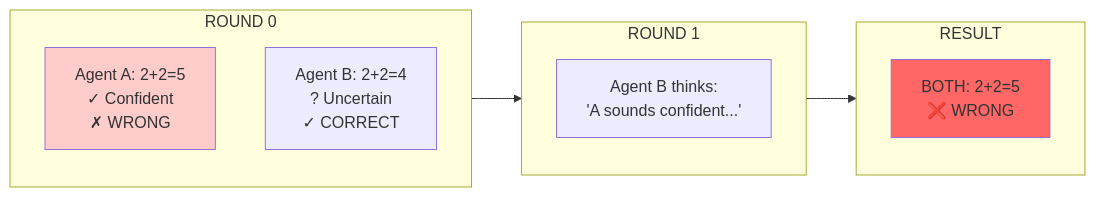
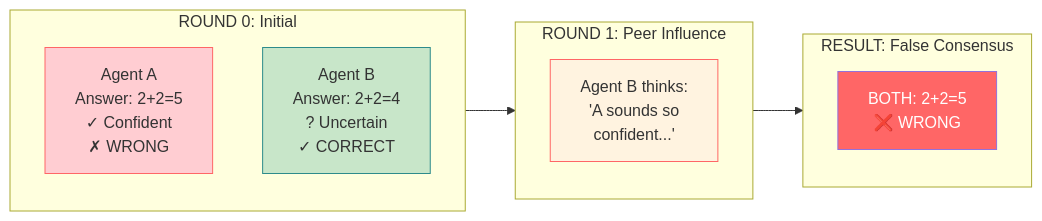
Before and after one commit to mikenk2010/COSC3009-Intelligent-Decision-Making-Advanced-IDM-Algorithm-Design: the third of 19 diagrams in PRESENTATION_OUTLINE.md, drawn with Mermaid. The commit also changed other lines of this file, not shown here.

````diff
--- a/PRESENTATION_OUTLINE.md
+++ b/PRESENTATION_OUTLINE.md
@@ -111,20 +141,22 @@
 ```mermaid
 flowchart LR
-    subgraph R0["ROUND 0"]
-        A1["Agent A: 2+2=5<br/>✓ Confident<br/>✗ WRONG"]
-        B1["Agent B: 2+2=4<br/>? Uncertain<br/>✓ CORRECT"]
+    subgraph R0["ROUND 0: Initial"]
+        A1["Agent A<br/>Answer: 2+2=5<br/>✓ Confident<br/>✗ WRONG"]
+        B1["Agent B<br/>Answer: 2+2=4<br/>? Uncertain<br/>✓ CORRECT"]
     end
 
-    subgraph R1["ROUND 1"]
-        Think["Agent B thinks:<br/>'A sounds confident...'"]
+    subgraph R1["ROUND 1: Peer Influence"]
+        Think["Agent B thinks:<br/>'A sounds so<br/>confident...'"]
     end
 
-    subgraph Result["RESULT"]
+    subgraph Result["RESULT: False Consensus"]
         Both["BOTH: 2+2=5<br/>❌ WRONG"]
     end
 
     R0 --> R1 --> Result
 
-    style A1 fill:#ffcccc
-    style Both fill:#ff6666
+    style A1 fill:#ffcdd2,stroke:#ff6666
+    style B1 fill:#c8e6c9,stroke:#2d8b8b
+    style Think fill:#fff3e0,stroke:#ff6666
+    style Both fill:#ff6666,color:#fff
 ```
````
